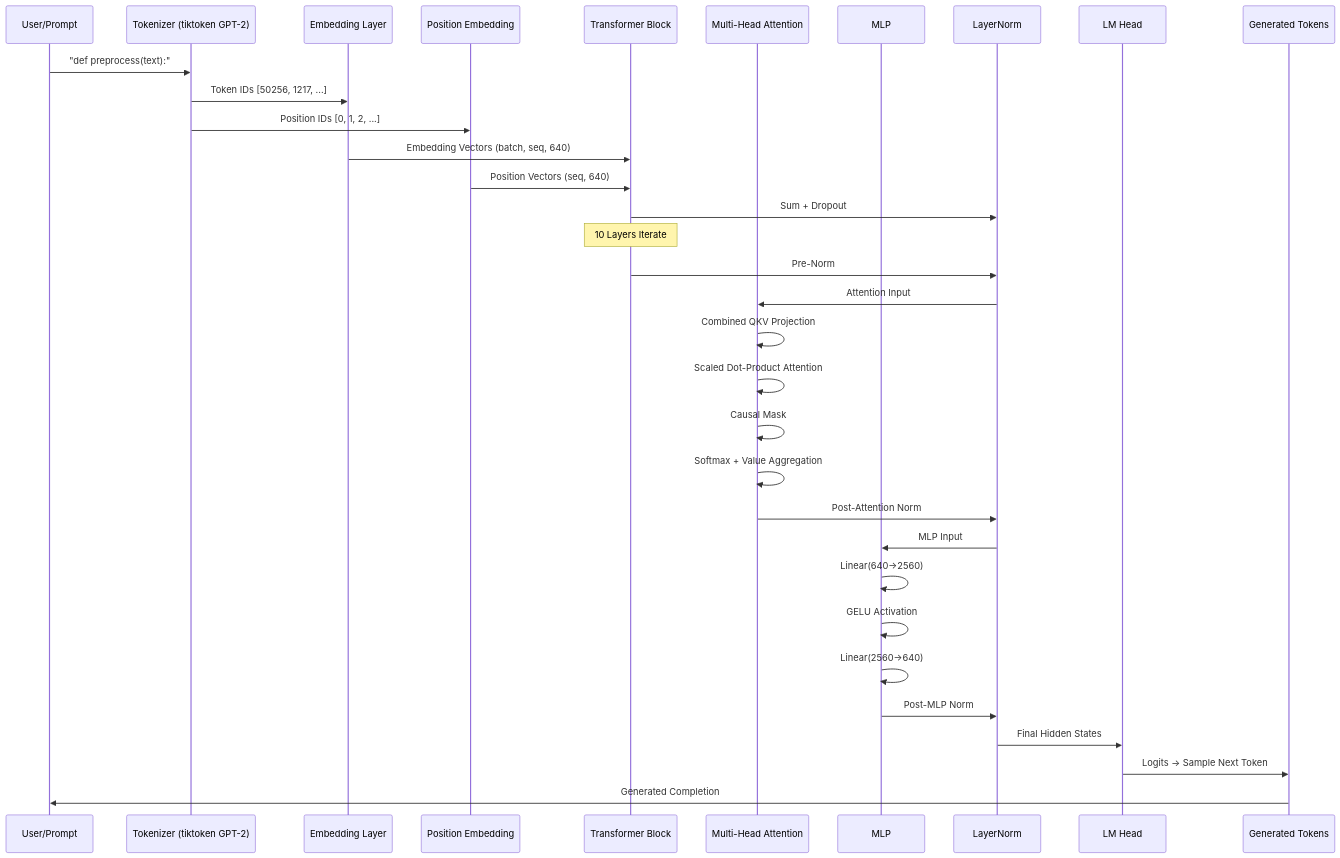
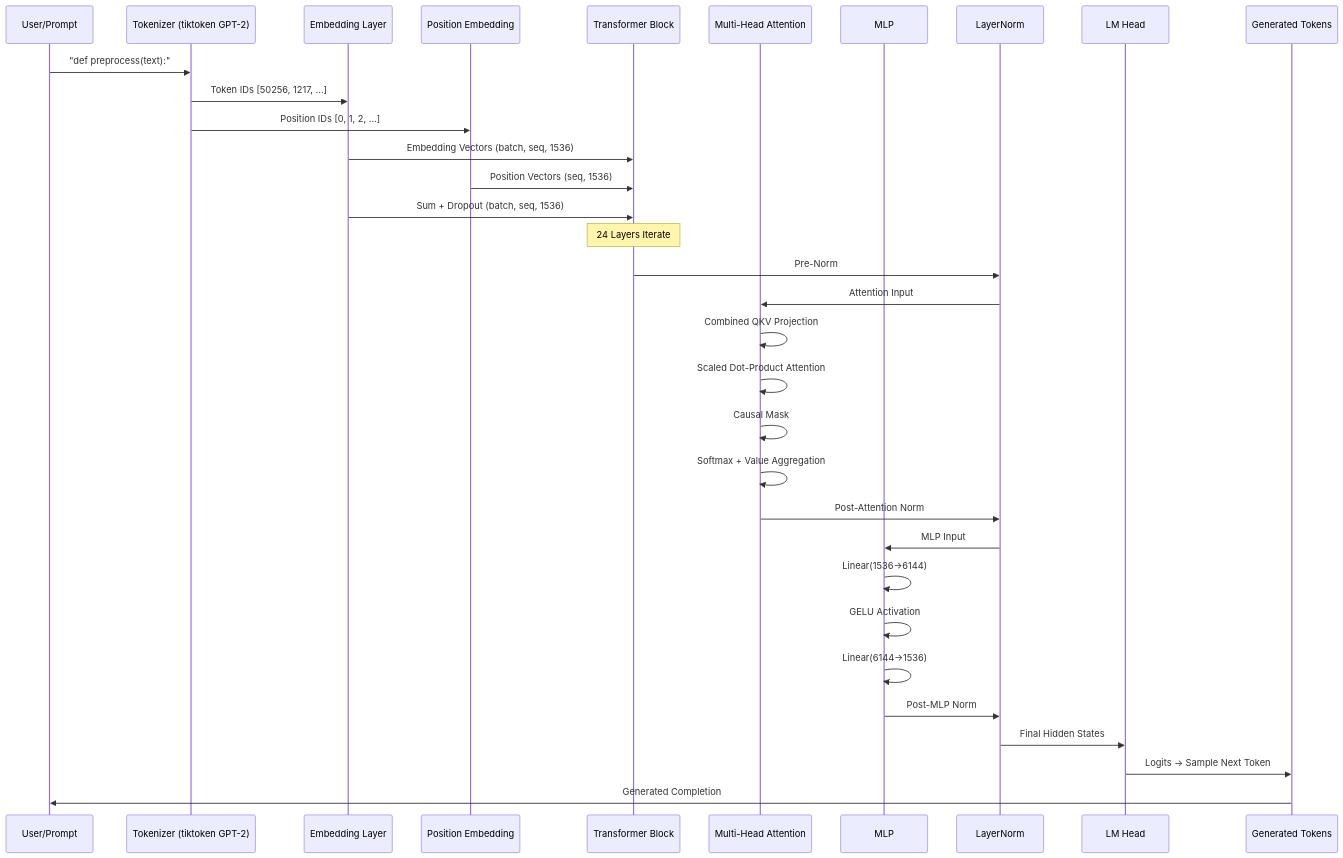
The third of 15 diagrams in README.md (bharqav/SLM), drawn with Mermaid before and after one commit. The commit also changed other lines of this file and 51 other files, not shown here.

````diff
--- a/README.md
+++ b/README.md
@@ -332,37 +343,37 @@
 ```mermaid
 sequenceDiagram
     participant U as User/Prompt
     participant T as Tokenizer (tiktoken GPT-2)
     participant E as Embedding Layer
     participant P as Position Embedding
     participant B as Transformer Block
     participant A as Multi-Head Attention
     participant M as MLP
     participant N as LayerNorm
     participant O as LM Head
     participant R as Generated Tokens
 
     U->>T: "def preprocess(text):"
     T->>E: Token IDs [50256, 1217, ...]
     T->>P: Position IDs [0, 1, 2, ...]
-    E->>B: Embedding Vectors (batch, seq, 640)
-    P->>B: Position Vectors (seq, 640)
-    B->>N: Sum + Dropout
+    E->>B: Embedding Vectors (batch, seq, 1536)
+    P->>B: Position Vectors (seq, 1536)
+    E->>B: Sum + Dropout (batch, seq, 1536)
 
-    Note over B: 10 Layers Iterate
+    Note over B: 24 Layers Iterate
     B->>N: Pre-Norm
     N->>A: Attention Input
     A->>A: Combined QKV Projection
     A->>A: Scaled Dot-Product Attention
     A->>A: Causal Mask
     A->>A: Softmax + Value Aggregation
     A->>N: Post-Attention Norm
     N->>M: MLP Input
-    M->>M: Linear(640→2560)
+    M->>M: Linear(1536→6144)
     M->>M: GELU Activation
-    M->>M: Linear(2560→640)
+    M->>M: Linear(6144→1536)
     M->>N: Post-MLP Norm
     N->>O: Final Hidden States
     O->>R: Logits → Sample Next Token
     R->>U: Generated Completion
 ```
````
